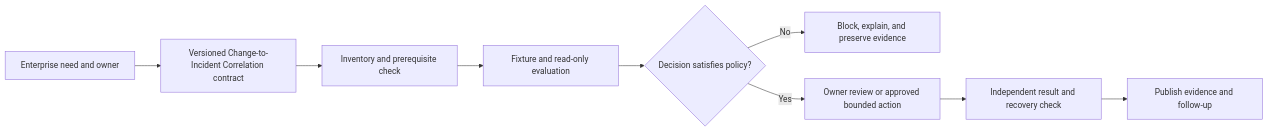
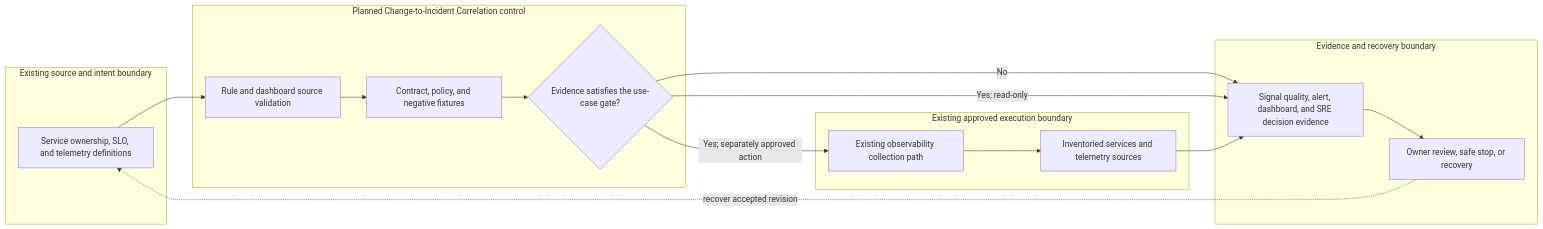
One commit to MIDHTECH/enterprise-architecture-docs changed the diagram in docs/use-cases/observability/UC-OBS-014-change-to-incident-correlation.md. Above: the diagram before and after it, drawn with Mermaid. The commit also changed other lines of this file and 227 other files, not shown here.

Commit message:
Deepen architecture for all use case designs

````diff
--- a/docs/use-cases/observability/UC-OBS-014-change-to-incident-correlation.md
+++ b/docs/use-cases/observability/UC-OBS-014-change-to-incident-correlation.md
@@ -136,11 +129,25 @@
 ```mermaid
 flowchart LR
-    Need["Enterprise need and owner"] --> Contract["Versioned Change-to-Incident Correlation contract"]
-    Contract --> Preflight["Inventory and prerequisite check"]
-    Preflight --> Evaluate["Fixture and read-only evaluation"]
-    Evaluate --> Decision{"Decision satisfies policy?"}
-    Decision -->|No| Stop["Block, explain, and preserve evidence"]
-    Decision -->|Yes| Review["Owner review or approved bounded action"]
-    Review --> Verify["Independent result and recovery check"]
-    Verify --> Publish["Publish evidence and follow-up"]
+    subgraph Source["Existing source and intent boundary"]
+        A["Service ownership, SLO, and telemetry definitions"]
+    end
+    subgraph Planned["Planned Change-to-Incident Correlation control"]
+        B["Rule and dashboard source validation"]
+        C["Contract, policy, and negative fixtures"]
+        D{"Evidence satisfies the use-case gate?"}
+    end
+    subgraph Runtime["Existing approved execution boundary"]
+        E["Existing observability collection path"]
+        F["Inventoried services and telemetry sources"]
+    end
+    subgraph Assurance["Evidence and recovery boundary"]
+        G["Signal quality, alert, dashboard, and SRE decision evidence"]
+        H["Owner review, safe stop, or recovery"]
+    end
+
+    A --> B --> C --> D
+    D -->|No| G --> H
+    D -->|Yes; read-only| G
+    D -->|Yes; separately approved action| E --> F --> G
+    H -. recover accepted revision .-> A
 ```
````
